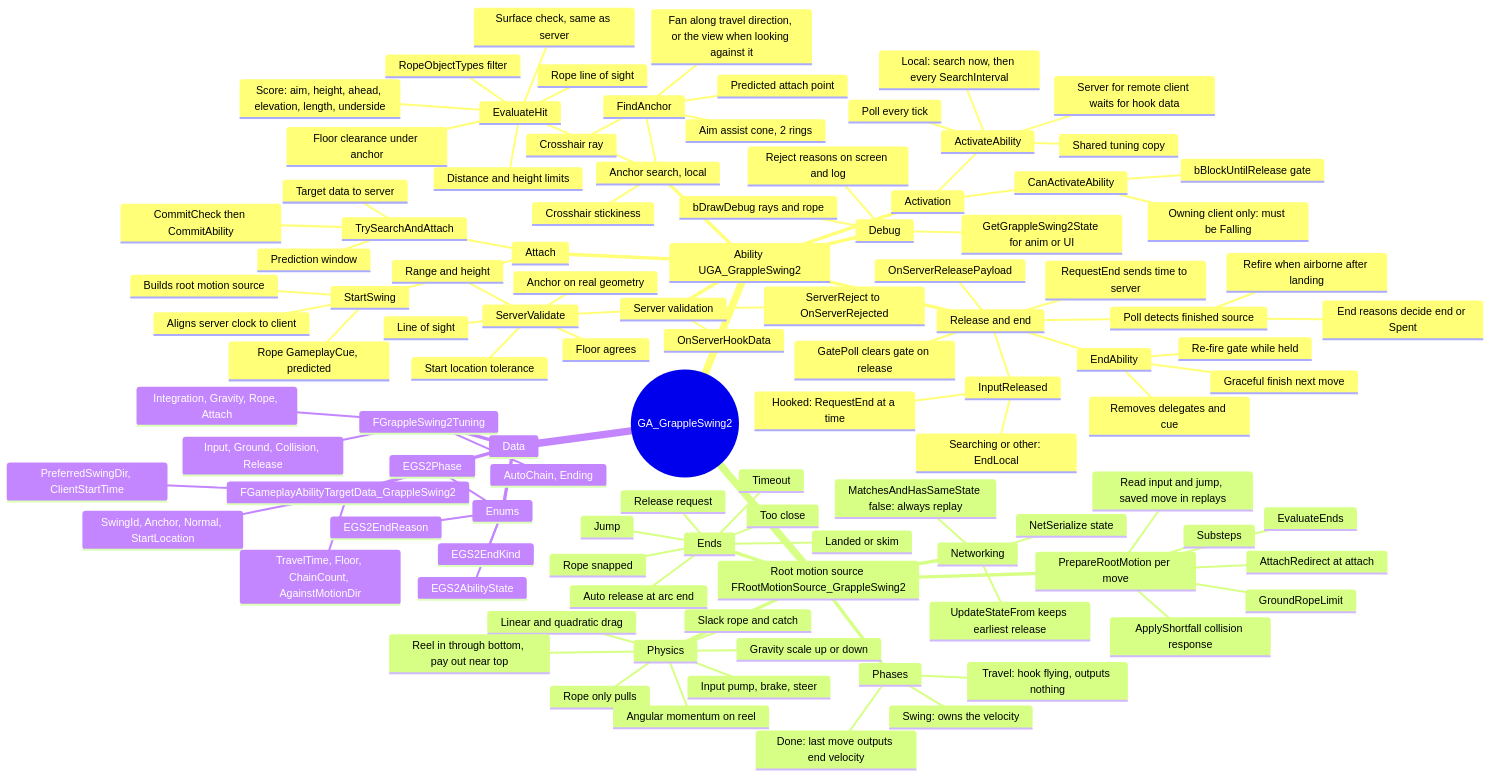
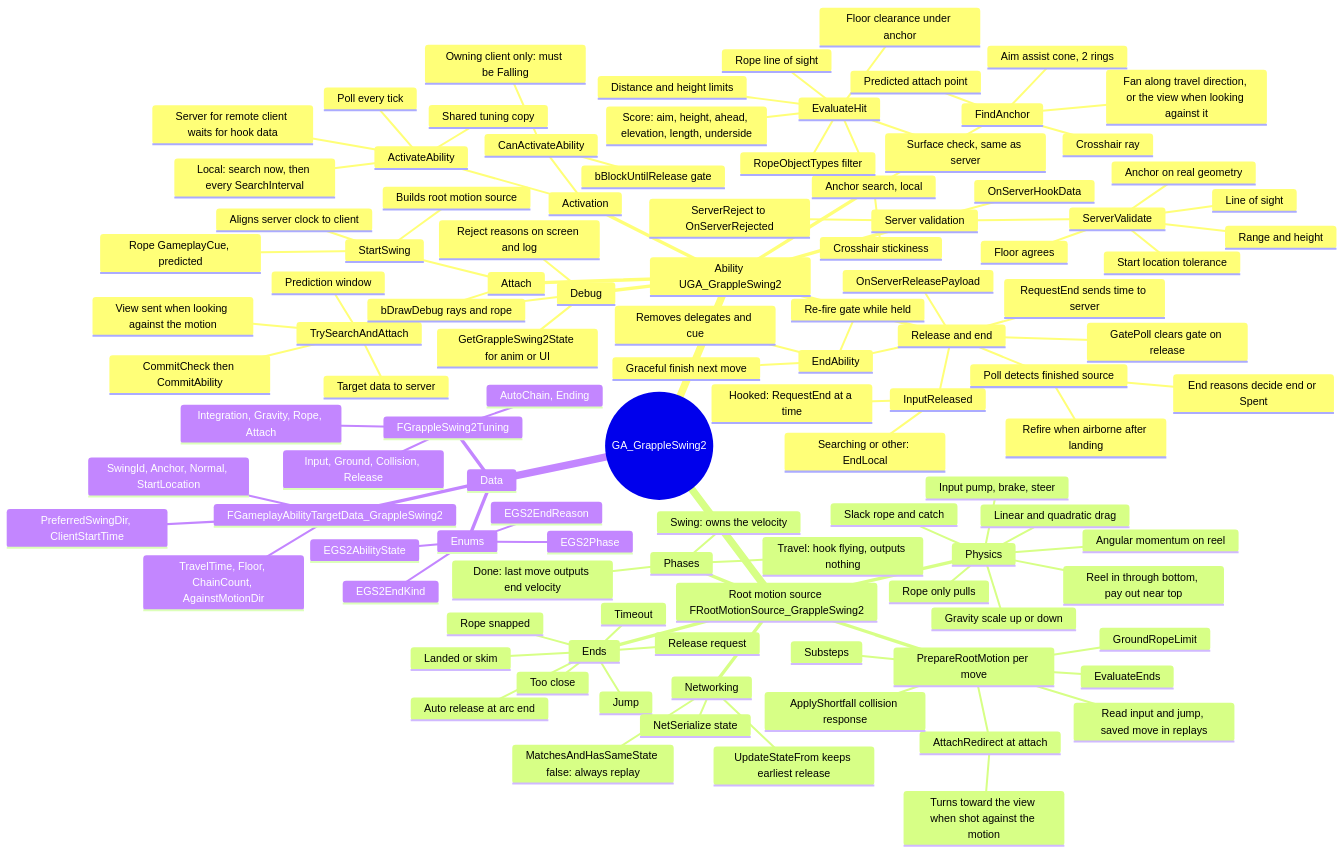
Before and after one commit to talal-jpg/AuraRedo2: the first of 5 diagrams in Docs/GA_GrappleSwing2.md, drawn with Mermaid. The commit also changed other lines of this file, not shown here.

```diff
--- a/Docs/GA_GrappleSwing2.md
+++ b/Docs/GA_GrappleSwing2.md
@@ -43,6 +43,7 @@
         TrySearchAndAttach
           CommitCheck then CommitAbility
           Target data to server
+          View sent when looking against the motion
           Prediction window
         StartSwing
           Builds root motion source
@@ -83,6 +84,7 @@
       PrepareRootMotion per move
         Read input and jump, saved move in replays
         AttachRedirect at attach
+          Turns toward the view when shot against the motion
         ApplyShortfall collision response
         EvaluateEnds
         GroundRopeLimit
```
